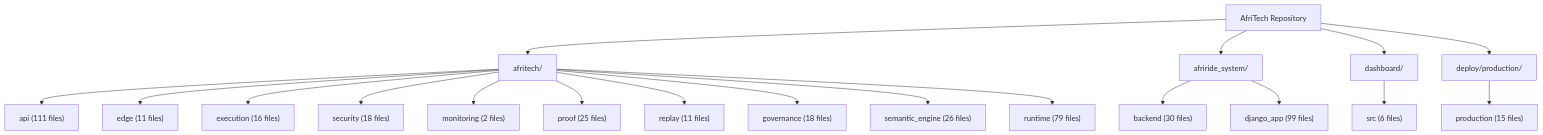
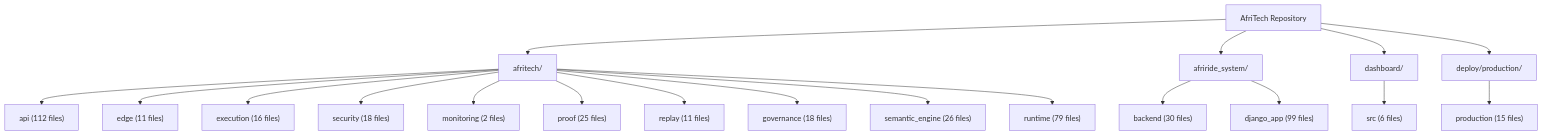
The second of 2 diagrams in docs/architecture/AFRITECH_FULL_ARCHITECTURE_GRAPH.md (Strelly2023/afritelematics), drawn with Mermaid before and after one commit. The commit also changed other lines of this file and 30 other files, not shown here.

````diff
--- a/docs/architecture/AFRITECH_FULL_ARCHITECTURE_GRAPH.md
+++ b/docs/architecture/AFRITECH_FULL_ARCHITECTURE_GRAPH.md
@@ -64,23 +64,23 @@
 ```mermaid
 flowchart TD
     Root["AfriTech Repository"] --> Core["afritech/"]
     Root --> Ride["afriride_system/"]
     Root --> Ui["dashboard/"]
     Root --> Deploy["deploy/production/"]
 
-    Core --> Api["api (111 files)"]
+    Core --> Api["api (112 files)"]
     Core --> Edge["edge (11 files)"]
     Core --> Execution["execution (16 files)"]
     Core --> Security["security (18 files)"]
     Core --> Monitoring["monitoring (2 files)"]
     Core --> Proof["proof (25 files)"]
     Core --> Replay["replay (11 files)"]
     Core --> Governance["governance (18 files)"]
     Core --> Semantic["semantic_engine (26 files)"]
     Core --> Runtime["runtime (79 files)"]
 
     Ride --> Backend["backend (30 files)"]
     Ride --> Django["django_app (99 files)"]
     Ui --> Dashboard["src (6 files)"]
     Deploy --> Production["production (15 files)"]
 ```
````
